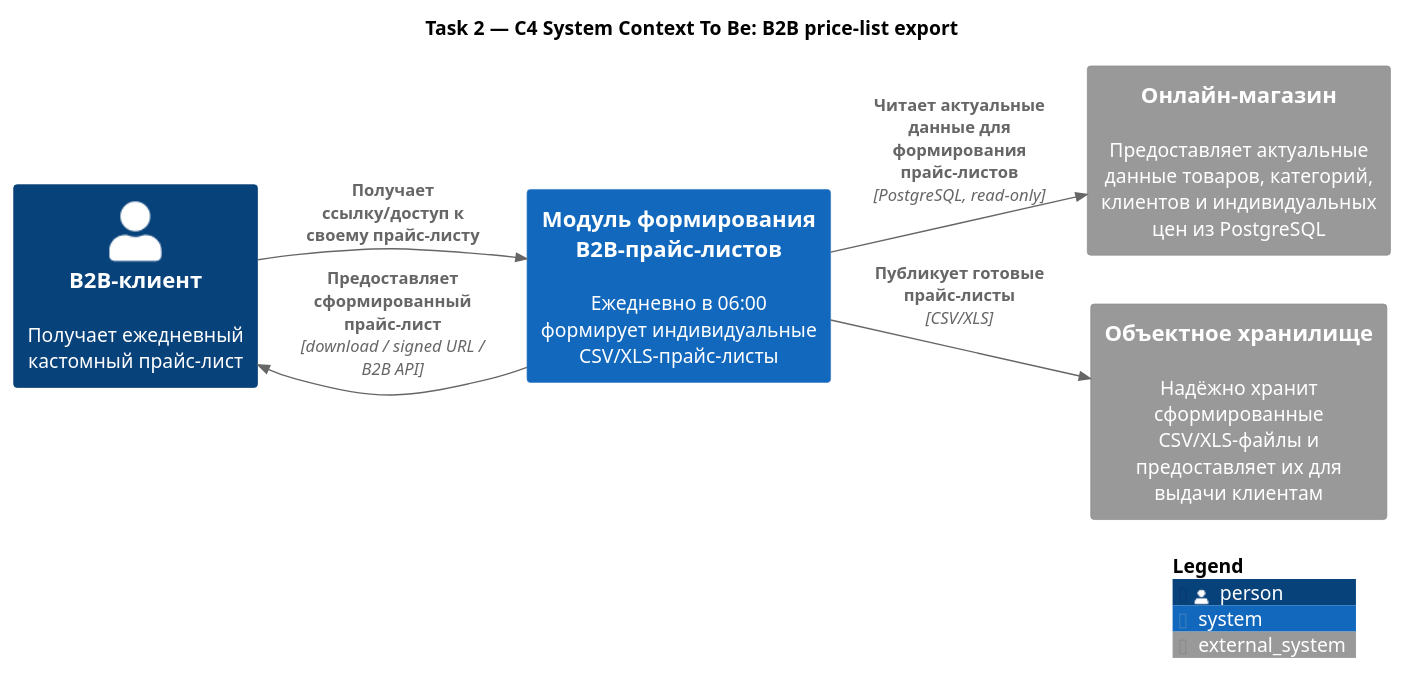
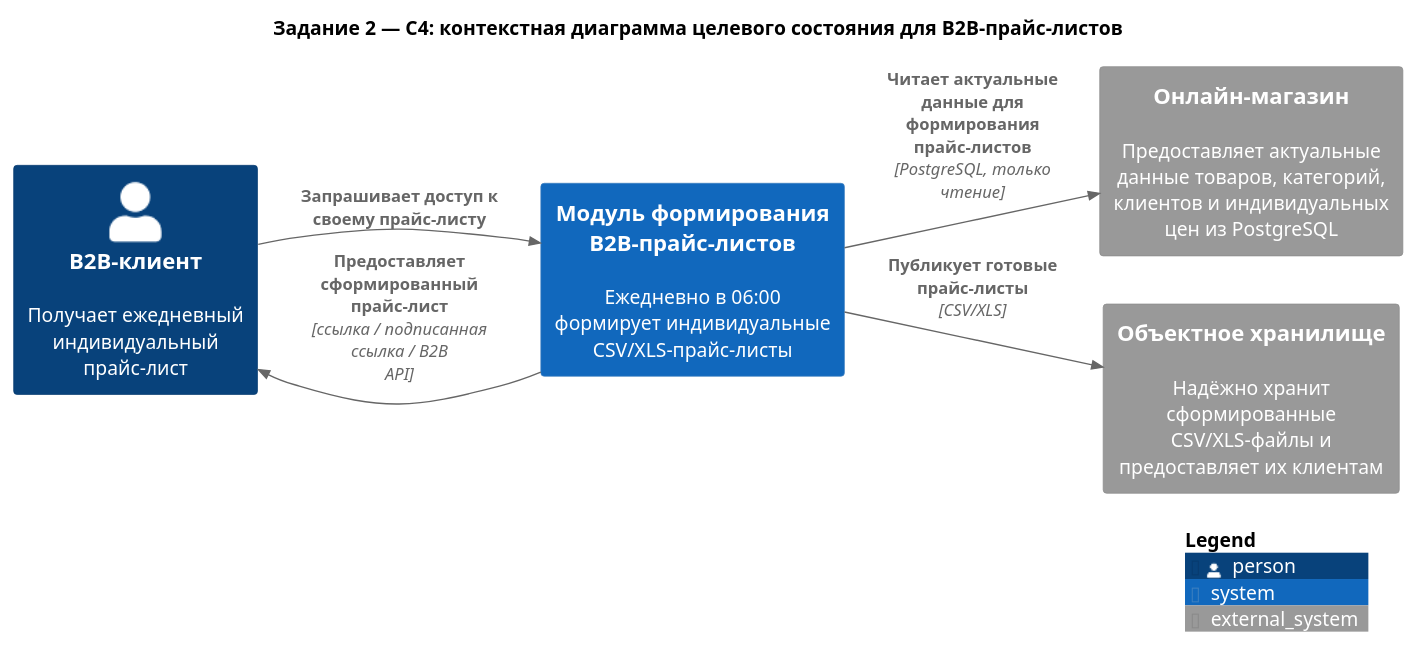
One commit to FFinn/msa-project-5-base-v1 changed the diagram in task-2/results/c4-context-to-be.puml. Above: the diagram before and after it, drawn with PlantUML.

Commit message:
Русифицировать подписи контекстной C4-диаграммы задания 2

```diff
--- a/task-2/results/c4-context-to-be.puml
+++ b/task-2/results/c4-context-to-be.puml
@@ -1,21 +1,21 @@
 @startuml Task2_C4_Context_ToBe
 !include https://raw.githubusercontent.com/plantuml-stdlib/C4-PlantUML/master/C4_Context.puml
 
 LAYOUT_LEFT_RIGHT()
 
-title Task 2 — C4 System Context To Be: B2B price-list export
+title Задание 2 — C4: контекстная диаграмма целевого состояния для B2B-прайс-листов
 
-Person(b2b, "B2B-клиент", "Получает ежедневный кастомный прайс-лист")
+Person(b2b, "B2B-клиент", "Получает ежедневный индивидуальный прайс-лист")
 
 System(priceListSystem, "Модуль формирования B2B-прайс-листов", "Ежедневно в 06:00 формирует индивидуальные CSV/XLS-прайс-листы")
 
 System_Ext(shop, "Онлайн-магазин", "Предоставляет актуальные данные товаров, категорий, клиентов и индивидуальных цен из PostgreSQL")
-System_Ext(storage, "Объектное хранилище", "Надёжно хранит сформированные CSV/XLS-файлы и предоставляет их для выдачи клиентам")
+System_Ext(storage, "Объектное хранилище", "Надёжно хранит сформированные CSV/XLS-файлы и предоставляет их клиентам")
 
-Rel(priceListSystem, shop, "Читает актуальные данные для формирования прайс-листов", "PostgreSQL, read-only")
+Rel(priceListSystem, shop, "Читает актуальные данные для формирования прайс-листов", "PostgreSQL, только чтение")
 Rel(priceListSystem, storage, "Публикует готовые прайс-листы", "CSV/XLS")
-Rel(b2b, priceListSystem, "Получает ссылку/доступ к своему прайс-листу")
-Rel(priceListSystem, b2b, "Предоставляет сформированный прайс-лист", "download / signed URL / B2B API")
+Rel(b2b, priceListSystem, "Запрашивает доступ к своему прайс-листу")
+Rel(priceListSystem, b2b, "Предоставляет сформированный прайс-лист", "ссылка / подписанная ссылка / B2B API")
 
 SHOW_LEGEND()
 @enduml
```
